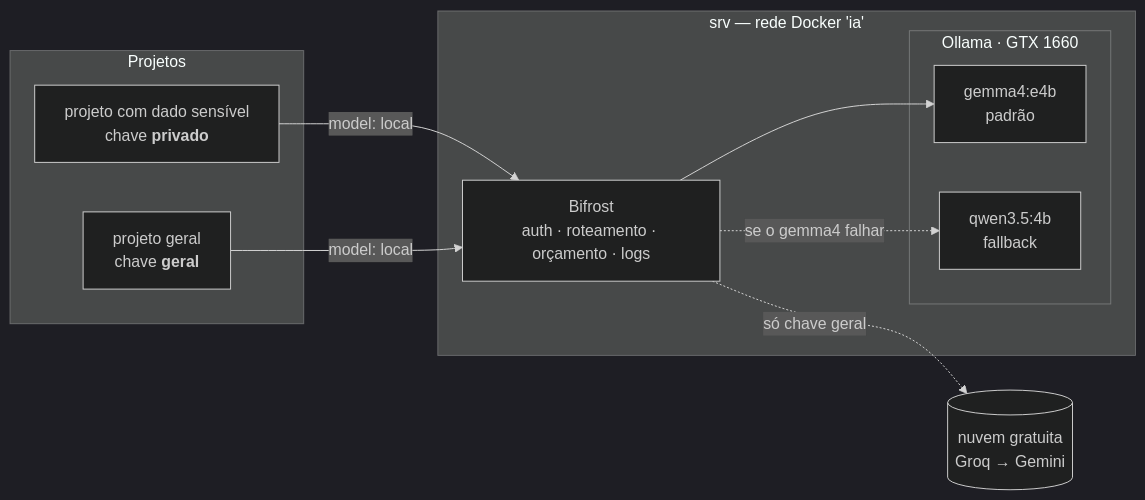
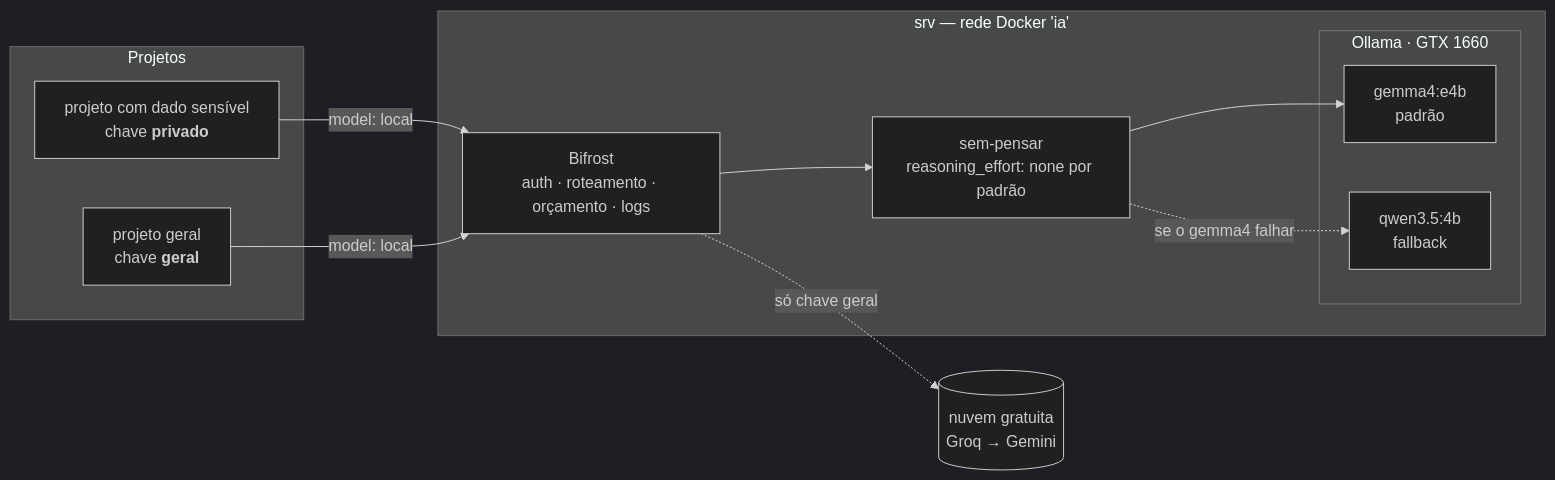
The diagram in docs/etapa-1.md (g-Ac/homelab), drawn with Mermaid (dark theme) before and after one commit. The commit also changed other lines of this file and 10 other files, not shown here.

First line of the commit message:
Gateway: modelo local 'sem pensar' por padrão (proxy sem-pensar, #13)

````diff
--- a/docs/etapa-1.md
+++ b/docs/etapa-1.md
@@ -9,23 +9,25 @@
 ```mermaid
 flowchart LR
     subgraph Projetos
         P1["projeto com dado sensível<br/>chave <b>privado</b>"]
         P2["projeto geral<br/>chave <b>geral</b>"]
     end
 
     subgraph SRV["srv — rede Docker 'ia'"]
         GW["Bifrost<br/>auth · roteamento · orçamento · logs"]
+        SP["sem-pensar<br/>reasoning_effort: none por padrão"]
         subgraph OL["Ollama · GTX 1660"]
             G["gemma4:e4b<br/>padrão"]
             Q["qwen3.5:4b<br/>fallback"]
         end
     end
 
     NUVEM[("nuvem gratuita<br/>Groq → Gemini")]
 
     P1 -- "model: local" --> GW
     P2 -- "model: local" --> GW
-    GW --> G
-    GW -. "se o gemma4 falhar" .-> Q
+    GW --> SP
+    SP --> G
+    SP -. "se o gemma4 falhar" .-> Q
     GW -. "só chave geral" .-> NUVEM
 ```
````
